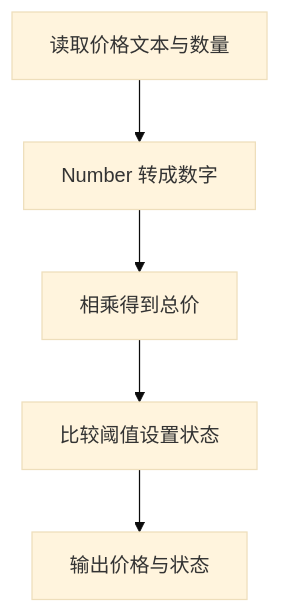
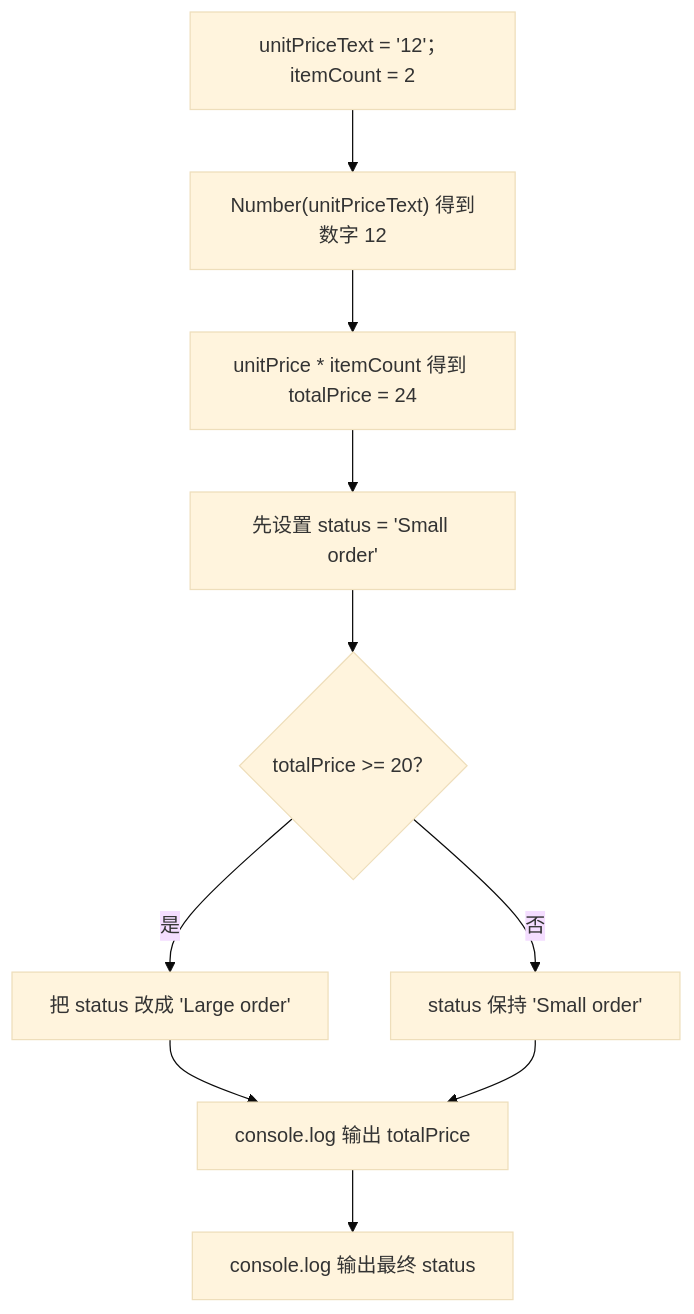
The diagram in beginner/docs/day02/README.md (zoran-sid/Typescript_practice), drawn with Mermaid (base theme) before and after one commit. The commit also changed other lines of this file and 56 other files, not shown here.

````diff
--- a/beginner/docs/day02/README.md
+++ b/beginner/docs/day02/README.md
@@ -143,8 +143,12 @@
 ```mermaid
 flowchart TD
-  A["读取价格文本与数量"] --> B
-  B["Number 转成数字"] --> C
-  C["相乘得到总价"] --> D
-  D["比较阈值设置状态"] --> E
-  E["输出价格与状态"]
+  A["unitPriceText = '12'；itemCount = 2"] --> B
+  B["Number(unitPriceText) 得到数字 12"] --> C
+  C["unitPrice * itemCount 得到 totalPrice = 24"] --> D
+  D["先设置 status = 'Small order'"] --> E{"totalPrice >= 20？"}
+  E -- "是" --> F["把 status 改成 'Large order'"]
+  E -- "否" --> G["status 保持 'Small order'"]
+  F --> H["console.log 输出 totalPrice"]
+  G --> H
+  H --> I["console.log 输出最终 status"]
 ```
````
